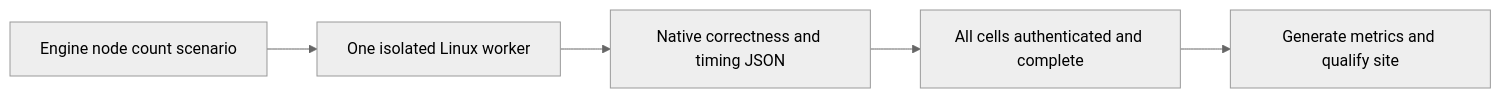
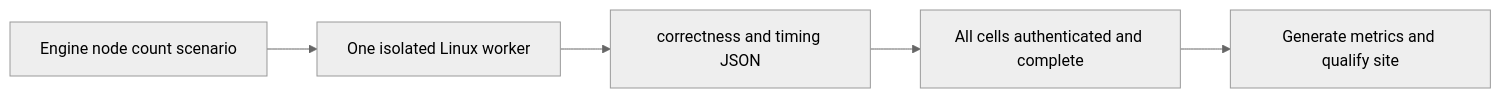
One commit to managedcode/KeyLoad changed the fifth of 11 diagrams in docs/Features/BenchmarkComparisons.md. Above: the diagram before and after it, drawn with Mermaid (neutral theme). The commit also changed other lines of this file and 9016 other files, not shown here.

````diff
--- a/docs/Features/BenchmarkComparisons.md
+++ b/docs/Features/BenchmarkComparisons.md
@@ -287,7 +287,7 @@
 ```mermaid
 flowchart LR
     Matrix[Engine node count scenario] --> Worker[One isolated Linux worker]
-    Worker --> Proof[Native correctness and timing JSON]
+    Worker --> Proof[correctness and timing JSON]
     Proof --> Aggregate[All cells authenticated and complete]
     Aggregate --> Website[Generate metrics and qualify site]
 ```
````
